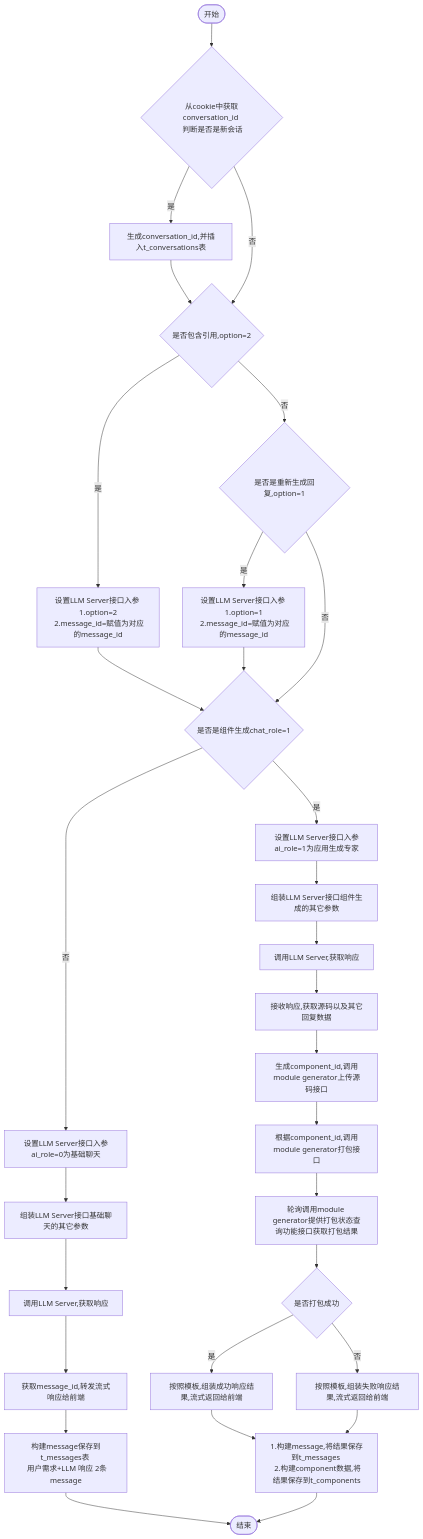
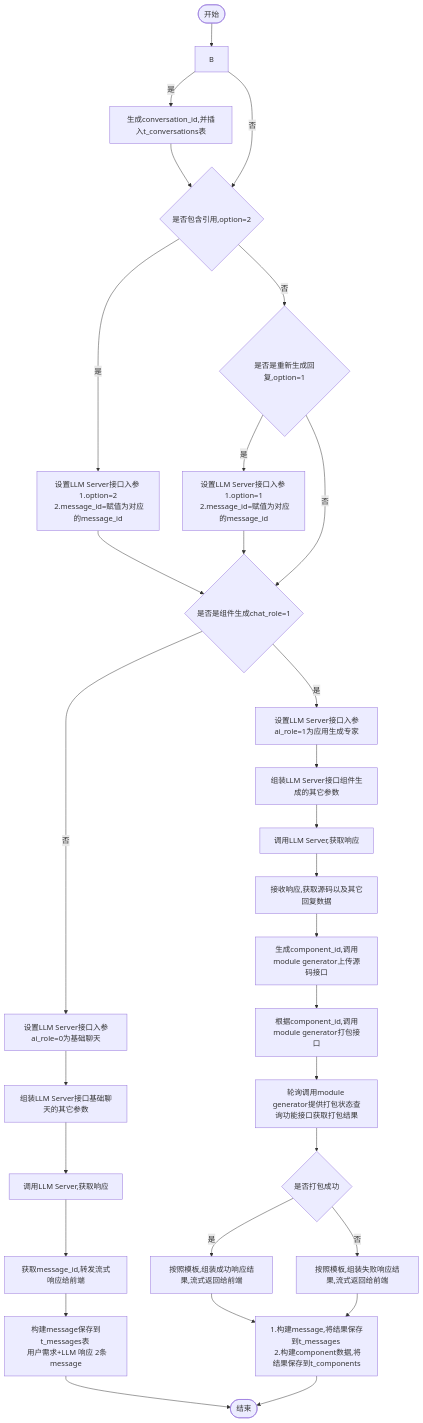
The diagram in all/w3-会话-不需要传递message.md (yingjianzh/iodraw-files), drawn with Mermaid before and after one commit.

Commit message:
2024-10-15 14:13:46 update

````diff
--- a/all/w3-会话-不需要传递message.md
+++ b/all/w3-会话-不需要传递message.md
@@ -1,36 +1,36 @@
 ```mermaid
 flowchart TD
-    A([开始]) --> B{从cookie中获取conversation_id \n 判断是否是新会话}
+    A([开始]) --> 
     B -- 是 --> C[生成conversation_id,并插入t_conversations表]
     C --> D
     B -- 否 --> D{是否包含引用,option=2}
     D -- 是 --> E[设置LLM Server接口入参 \n 1.option=2 \n 2.message_id=赋值为对应的message_id]
     D -- 否 --> F{是否是重新生成回复,option=1}
     F -- 是 --> G[设置LLM Server接口入参 \n 1.option=1 \n 2.message_id=赋值为对应的message_id]
     F -- 否 --> I
      
     E & G --> I{是否是组件生成chat_role=1}
     I -- 否 --> K[设置LLM Server接口入参ai_role=0为基础聊天]
     I -- 是 --> J[设置LLM Server接口入参ai_role=1为应用生成专家]
     
 
     J --> L[组装LLM Server接口组件生成的其它参数]    
     K --> M[组装LLM Server接口基础聊天的其它参数]    
     M --> N[调用LLM Server,获取响应]    
     N --> O[获取message_id,转发流式响应给前端]
     O --> P[构建message保存到t_messages表 \n 用户需求+LLM 响应 2条message]
     P --> R([结束])
 
 
     L --> S[调用LLM Server,获取响应]
     S --> T[接收响应,获取源码以及其它回复数据]
     T --> U[生成component_id,调用module generator上传源码接口]
     U --> V[根据component_id,调用module generator打包接口]
     V --> W[轮询调用module generator提供打包状态查询功能接口获取打包结果]
     W --> X{是否打包成功}
     X -- 是 --> Y[按照模板,组装成功响应结果,流式返回给前端]
     X -- 否 --> Z[按照模板,组装失败响应结果,流式返回给前端]
 
     Y & Z --> Result[1.构建message,将结果保存到t_messages \n 2.构建component数据,将结果保存到t_components]
     Result --> R
 ```
````
